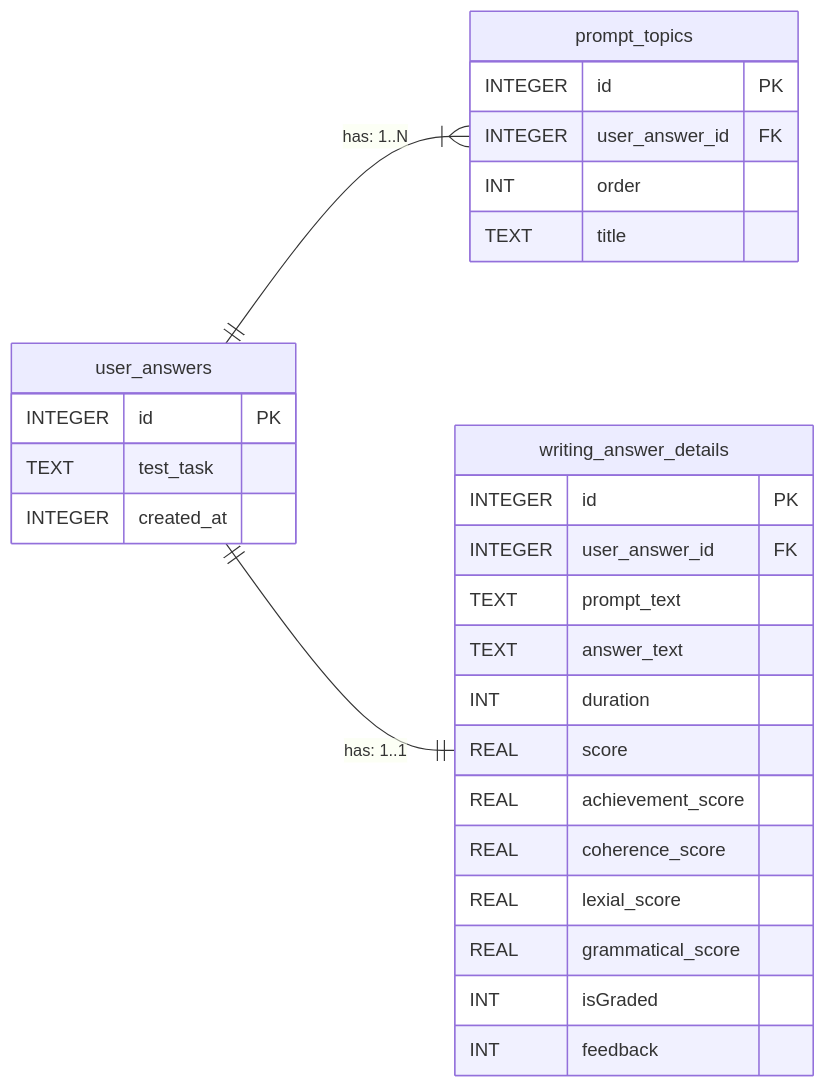
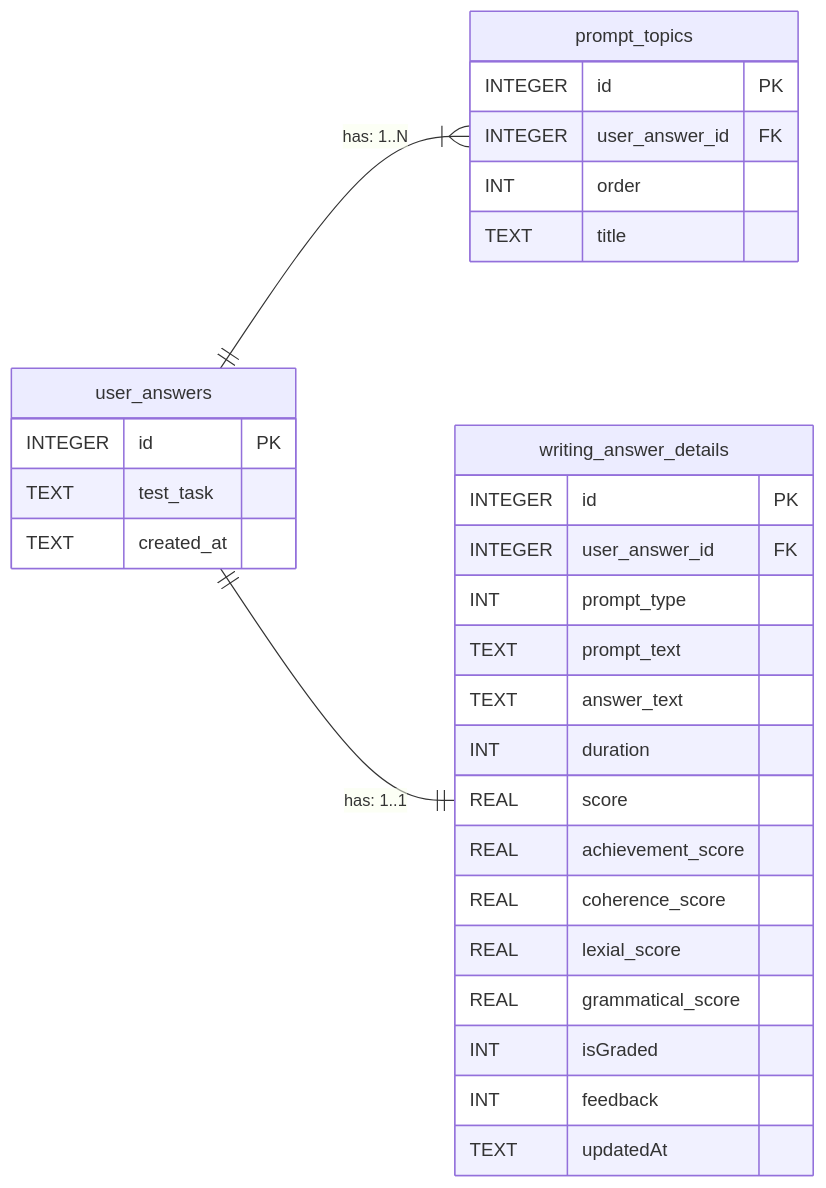
Before and after one commit to hirokd0627/ielts_ai_trainer: the diagram in docs/er-diagram.md, drawn with Mermaid. The commit also changed 17 other files, not shown here.

````diff
--- a/docs/er-diagram.md
+++ b/docs/er-diagram.md
@@ -3,34 +3,36 @@
 ```mermaid
 erDiagram
     direction LR
     user_answers ||--|{ prompt_topics : "has: 1..N"
     user_answers ||--|| writing_answer_details : "has: 1..1"
 
     user_answers {
         INTEGER id PK
         TEXT test_task
-        INTEGER created_at
+        TEXT created_at
     }
 
     prompt_topics {
         INTEGER id PK
         INTEGER user_answer_id FK
         INT order
         TEXT title 
     }
 
     writing_answer_details {
         INTEGER id PK
         INTEGER user_answer_id FK
+        INT prompt_type
         TEXT prompt_text
         TEXT answer_text
         INT duration
         REAL score
         REAL achievement_score
         REAL coherence_score
         REAL lexial_score
         REAL grammatical_score
         INT isGraded
         INT feedback
+        TEXT updatedAt
     }
 ```
````
